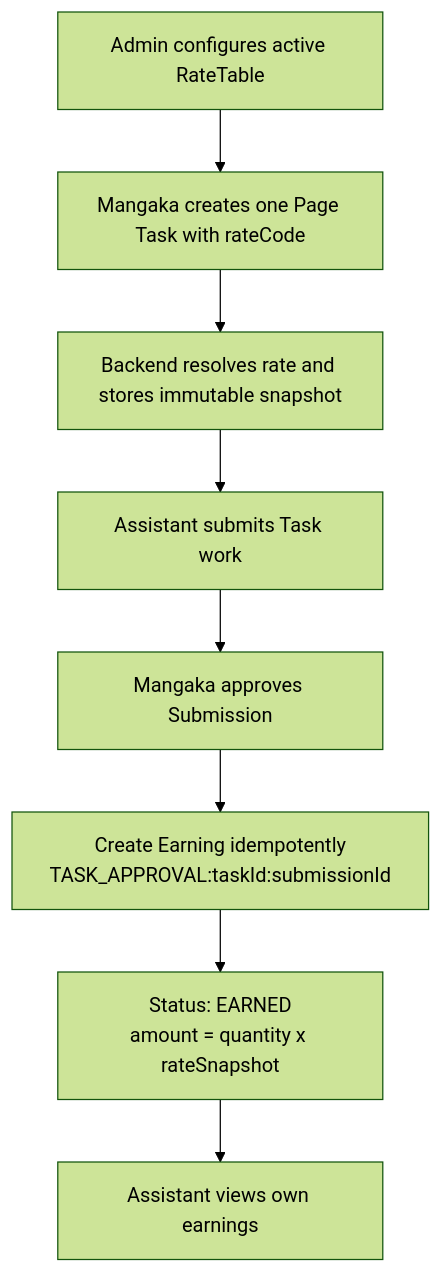
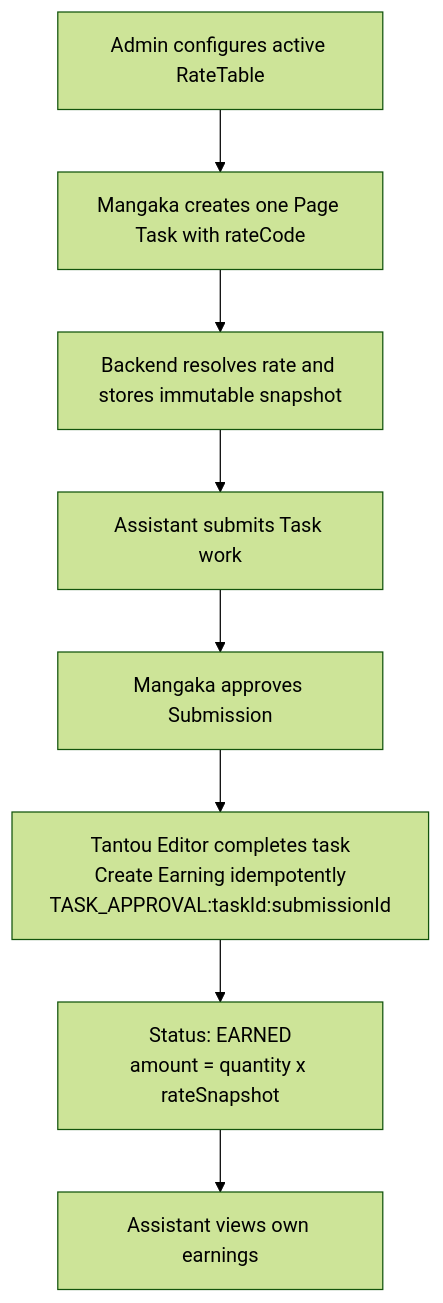
One commit to ntu254/MangaFlow changed the diagram in docs/business-flows/08-earnings.md. Above: the diagram before and after it, drawn with Mermaid (forest theme). The commit also changed other lines of this file and 5 other files, not shown here.

Commit message:
docs: sync business flows and master doc to earn-at-COMPLETE model

````diff
--- a/docs/business-flows/08-earnings.md
+++ b/docs/business-flows/08-earnings.md
@@ -12,10 +12,10 @@
 ```mermaid
 graph TD
     A[Admin configures active RateTable] --> B[Mangaka creates one Page Task with rateCode]
     B --> C[Backend resolves rate and stores immutable snapshot]
     C --> D[Assistant submits Task work]
     D --> E[Mangaka approves Submission]
-    E --> F[Create Earning idempotently<br/>TASK_APPROVAL:taskId:submissionId]
+    E --> F[Tantou Editor completes task<br/>Create Earning idempotently<br/>TASK_APPROVAL:taskId:submissionId]
     F --> G[Status: EARNED<br/>amount = quantity x rateSnapshot]
     G --> H[Assistant views own earnings]
 ```
````
